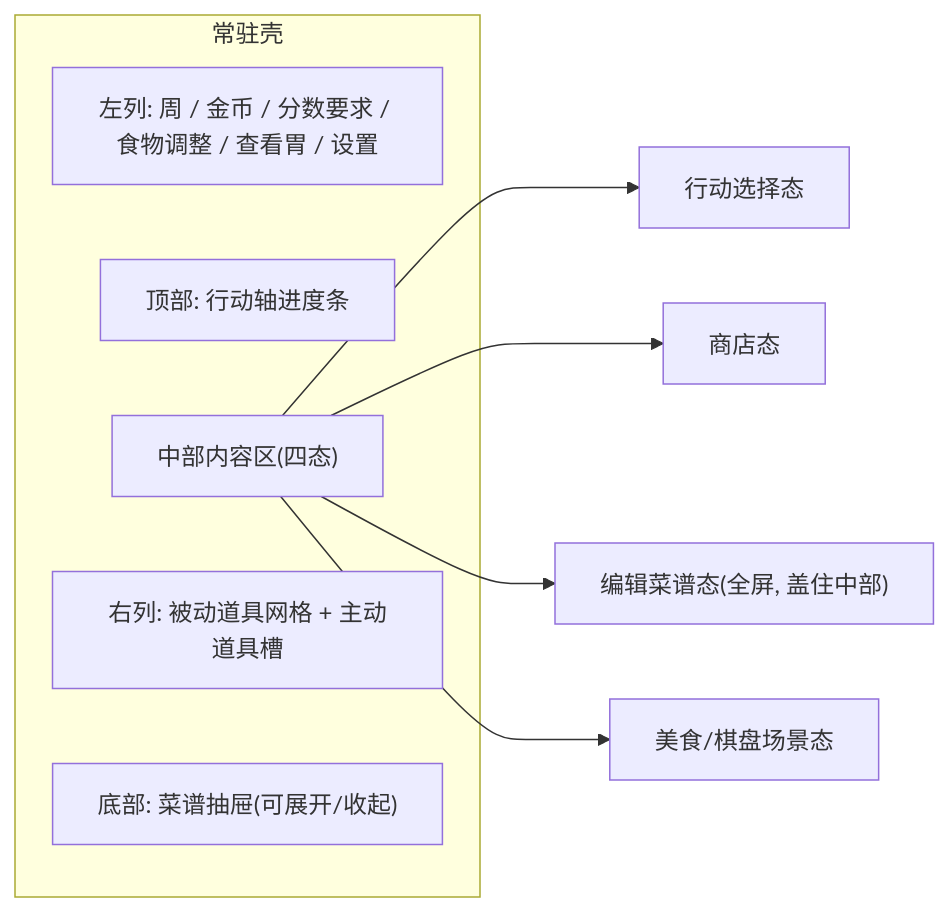
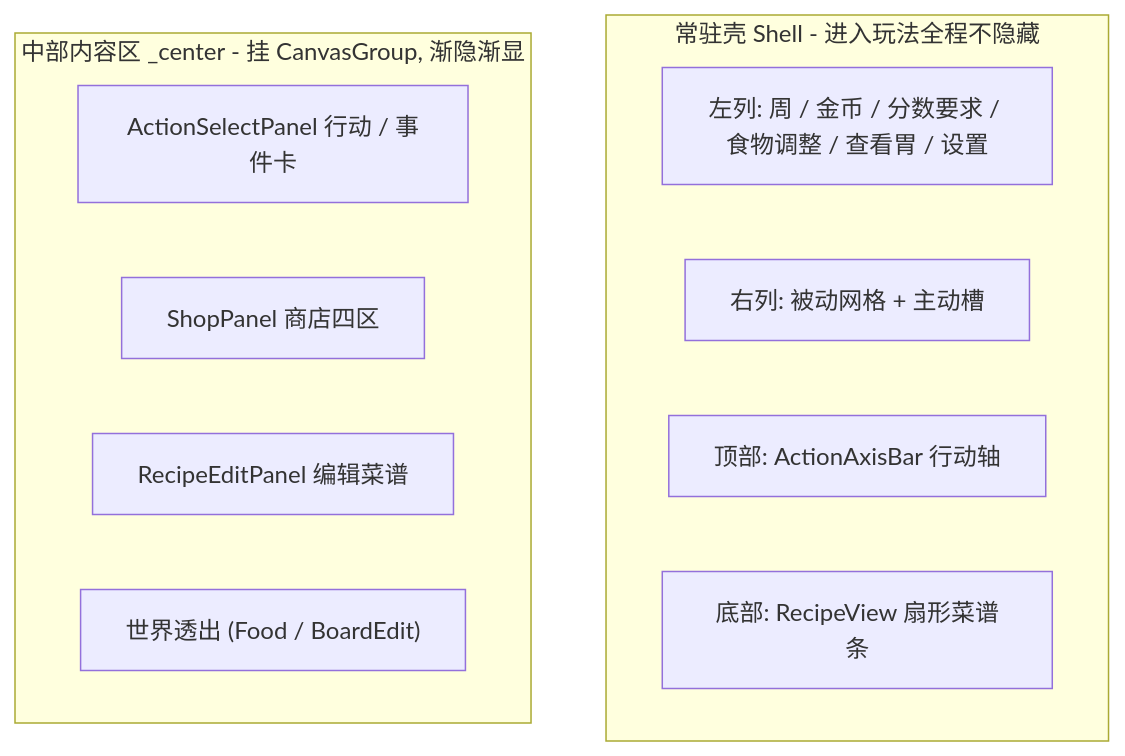
Before and after one commit to 2563495284/gourmetproject: the first of 3 diagrams in GourmetProject/docs/design/游戏设计/界面.md, drawn with Mermaid. The commit also changed other lines of this file and 95 other files, not shown here.

````diff
--- a/GourmetProject/docs/design/游戏设计/界面.md
+++ b/GourmetProject/docs/design/游戏设计/界面.md
@@ -16,14 +26,15 @@
 ```mermaid
-flowchart LR
-  subgraph shell [常驻壳]
+flowchart TB
+  subgraph shell [常驻壳 Shell - 进入玩法全程不隐藏]
     Left["左列: 周 / 金币 / 分数要求 / 食物调整 / 查看胃 / 设置"]
-    Axis["顶部: 行动轴进度条"]
-    Center["中部内容区(四态)"]
-    Right["右列: 被动道具网格 + 主动道具槽"]
-    Drawer["底部: 菜谱抽屉(可展开/收起)"]
+    Right["右列: 被动网格 + 主动槽"]
+    Axis["顶部: ActionAxisBar 行动轴"]
+    Recipe["底部: RecipeView 扇形菜谱条"]
   end
-  Center --> S1["行动选择态"]
-  Center --> S2["商店态"]
-  Center --> S3["编辑菜谱态(全屏, 盖住中部)"]
-  Center --> S4["美食/棋盘场景态"]
+  subgraph center [中部内容区 _center - 挂 CanvasGroup, 渐隐渐显]
+    C1["ActionSelectPanel 行动 / 事件卡"]
+    C2["ShopPanel 商店四区"]
+    C3["RecipeEditPanel 编辑菜谱"]
+    C4["世界透出 (Food / BoardEdit)"]
+  end
 ```
````
